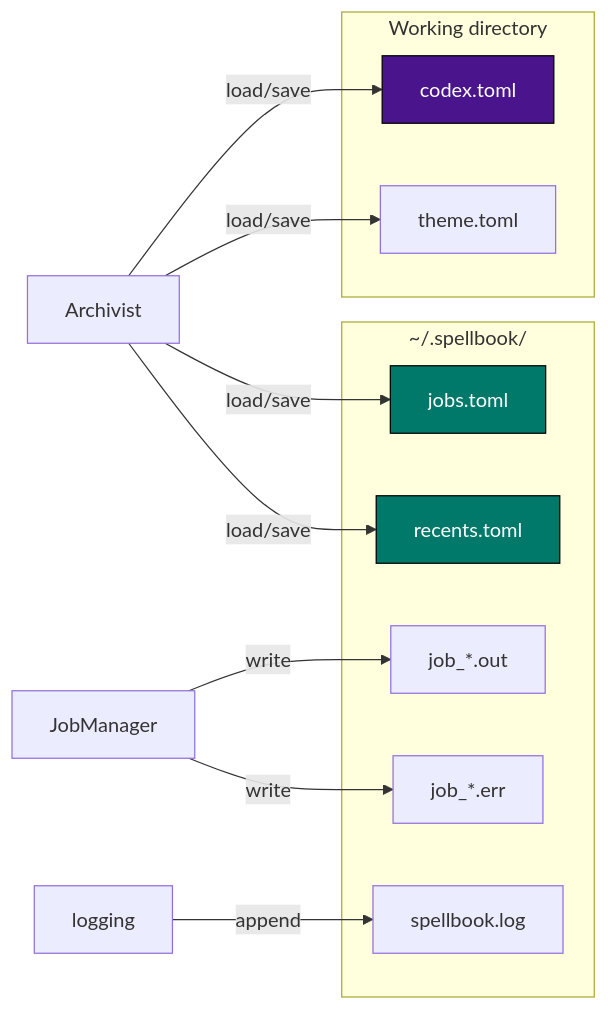
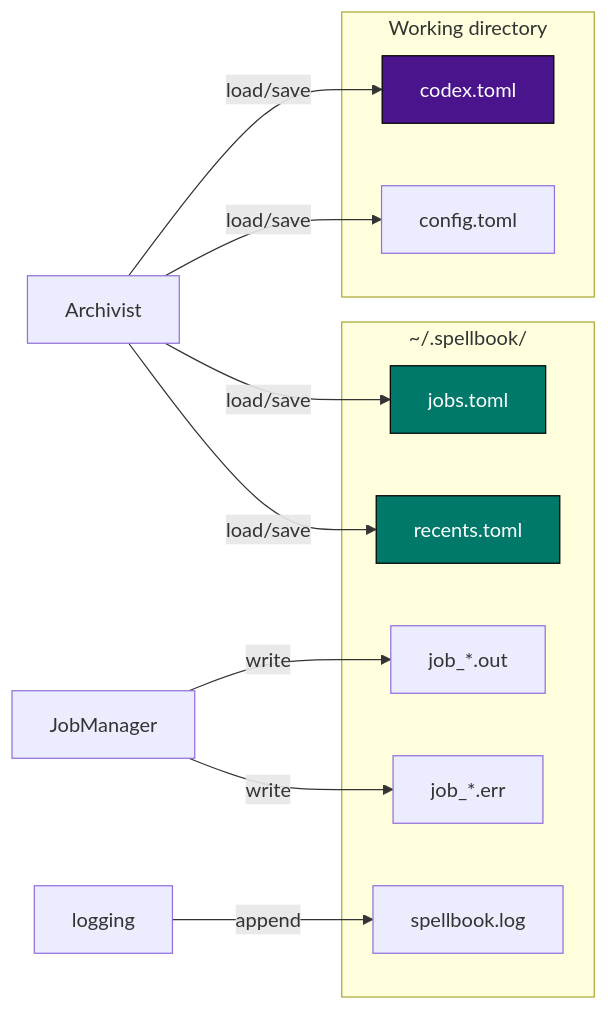
One commit to mxapd/spellbook changed the eighth of 10 diagrams in docs/architecture-diagrams-mermaid.md. Above: the diagram before and after it, drawn with Mermaid. The commit also changed other lines of this file and 21 other files, not shown here.

````diff
--- a/docs/architecture-diagrams-mermaid.md
+++ b/docs/architecture-diagrams-mermaid.md
@@ -367,27 +367,27 @@
 ```mermaid
 flowchart LR
     subgraph LocalDir["Working directory"]
         codex[codex.toml]
-        theme[theme.toml]
+        theme[config.toml]
     end
 
     subgraph SpellbookDir["~/.spellbook/"]
         jobs[jobs.toml]
         recents[recents.toml]
         out[job_*.out]
         err[job_*.err]
         log[spellbook.log]
     end
 
     Archivist -->|load/save| codex
     Archivist -->|load/save| theme
     Archivist -->|load/save| jobs
     Archivist -->|load/save| recents
     JobManager -->|write| out
     JobManager -->|write| err
     logging -->|append| log
 
     style codex fill:#4A148C,stroke:#000,color:#fff
     style jobs fill:#00796B,stroke:#000,color:#fff
     style recents fill:#00796B,stroke:#000,color:#fff
 ```
````
